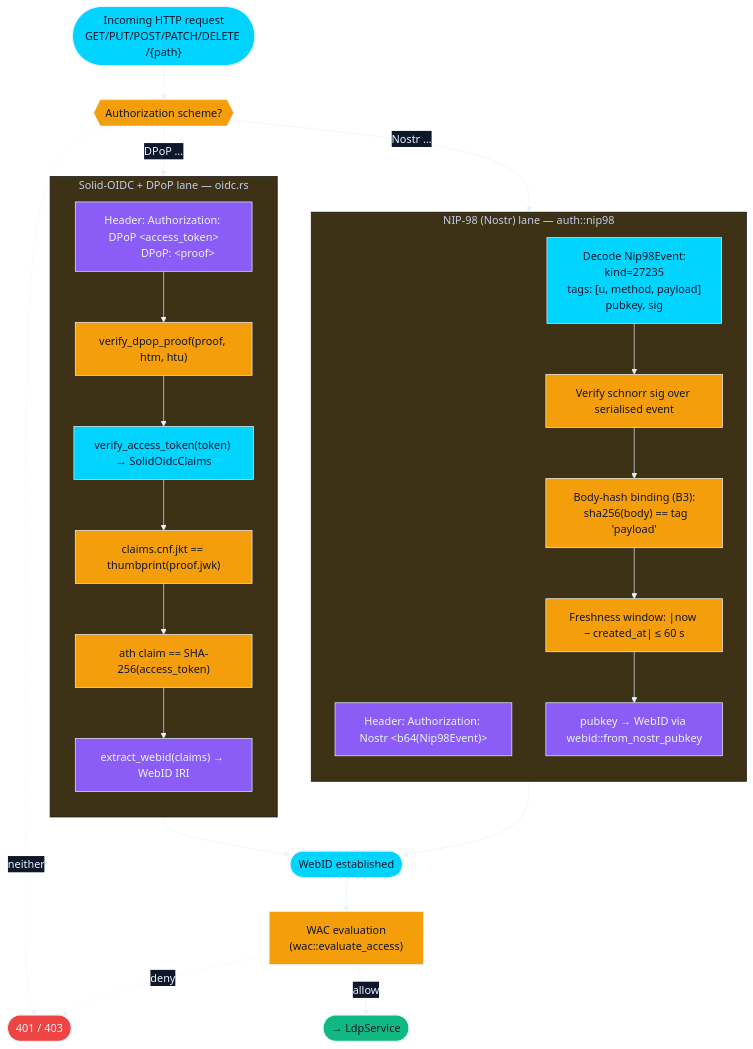
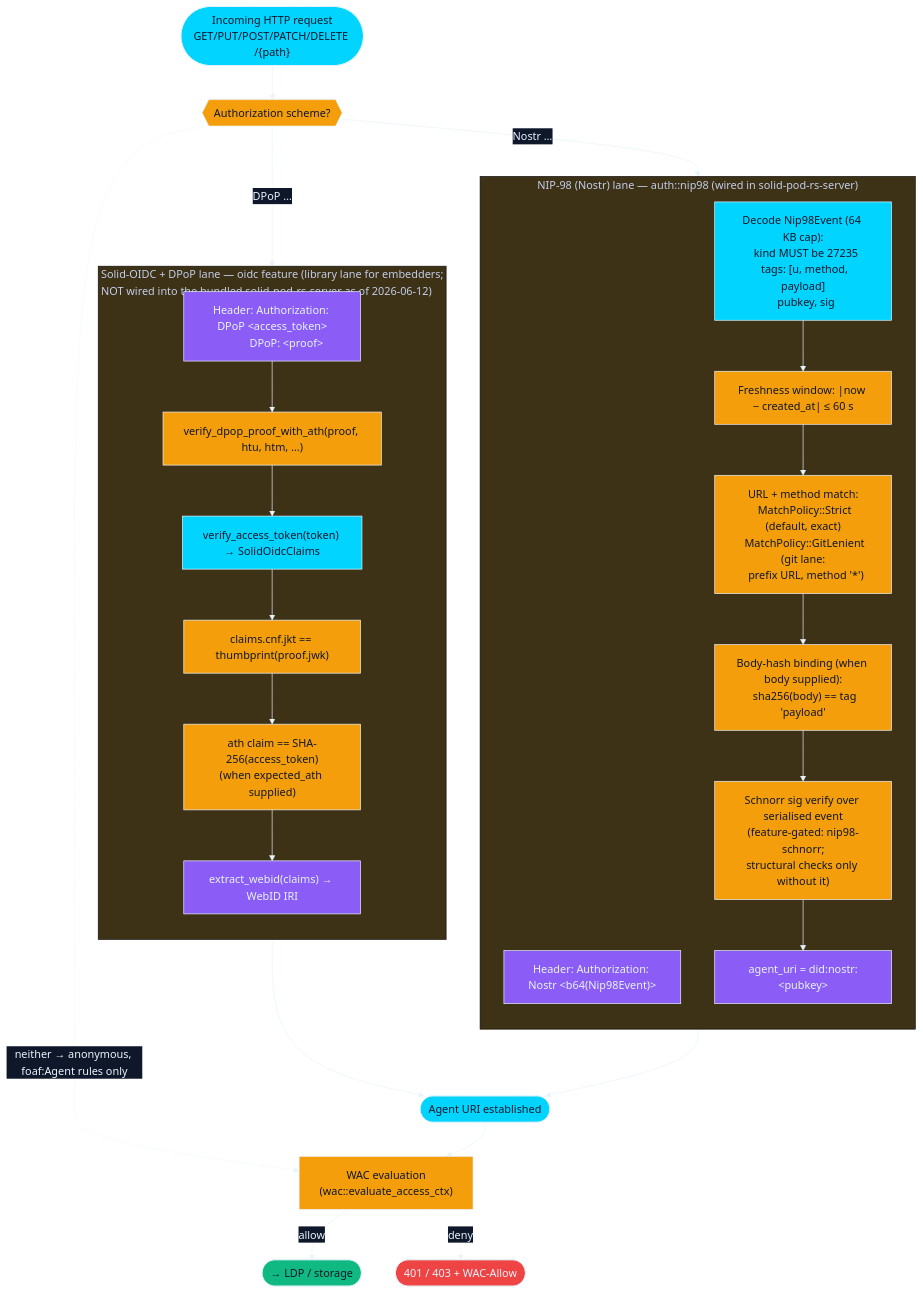
One commit to DreamLab-AI/solid-pod-rs changed the diagram in crates/solid-pod-rs/docs/diagrams/src/07-nip98-vs-oidc.mmd. Above: the diagram before and after it, drawn with Mermaid. The commit also changed 12 other files, not shown here.

First line of the commit message:
docs(diagrams): verify mermaid diagrams against crate code; correct drifted claims

```diff
--- a/crates/solid-pod-rs/docs/diagrams/src/07-nip98-vs-oidc.mmd
+++ b/crates/solid-pod-rs/docs/diagrams/src/07-nip98-vs-oidc.mmd
@@ -1,55 +1,56 @@
 %%{init: {'theme':'base','themeVariables':{
   'primaryColor':'#0f172a','primaryTextColor':'#E8F4FC','primaryBorderColor':'#E8F4FC',
   'lineColor':'#E8F4FC','background':'transparent','mainBkg':'#0f172a',
   'edgeLabelBackground':'#0f172a','fontFamily':'ui-sans-serif, system-ui, sans-serif'
 }}}%%
 flowchart TB
   REQ(["Incoming HTTP request\nGET/PUT/POST/PATCH/DELETE /{path}"]):::entry
 
   PICK{{"Authorization scheme?"}}:::gate
 
   %% ─── NIP-98 lane ───
-  subgraph NIP["NIP-98 (Nostr) lane — auth::nip98"]
+  subgraph NIP["NIP-98 (Nostr) lane — auth::nip98 (wired in solid-pod-rs-server)"]
     direction TB
     N1["Header: Authorization: Nostr &lt;b64(Nip98Event)&gt;"]:::gov
-    N2["Decode Nip98Event:\n  kind=27235\n  tags: [u, method, payload]\n  pubkey, sig"]:::svc
-    N3["Verify schnorr sig over serialised event"]:::gate
-    N4["Body-hash binding (B3):\n  sha256(body) == tag 'payload'"]:::gate
-    N5["Freshness window: |now − created_at| ≤ 60 s"]:::gate
-    N6["pubkey → WebID via webid::from_nostr_pubkey"]:::gov
+    N2["Decode Nip98Event (64 KB cap):\n  kind MUST be 27235\n  tags: [u, method, payload]\n  pubkey, sig"]:::svc
+    N3["Freshness window: |now − created_at| ≤ 60 s"]:::gate
+    N4["URL + method match:\n  MatchPolicy::Strict (default, exact)\n  MatchPolicy::GitLenient (git lane:\n  prefix URL, method '*')"]:::gate
+    N5["Body-hash binding (when body supplied):\n  sha256(body) == tag 'payload'"]:::gate
+    N6["Schnorr sig verify over serialised event\n(feature-gated: nip98-schnorr;\nstructural checks only without it)"]:::gate
+    N7["agent_uri = did:nostr:&lt;pubkey&gt;"]:::gov
   end
 
   %% ─── OIDC lane ───
-  subgraph OID["Solid-OIDC + DPoP lane — oidc.rs"]
+  subgraph OID["Solid-OIDC + DPoP lane — oidc feature (library lane for embedders;\nNOT wired into the bundled solid-pod-rs-server as of 2026-06-12)"]
     direction TB
     O1["Header: Authorization: DPoP &lt;access_token&gt;\n          DPoP: &lt;proof&gt;"]:::gov
-    O2["verify_dpop_proof(proof, htm, htu)"]:::gate
+    O2["verify_dpop_proof_with_ath(proof, htu, htm, …)"]:::gate
     O3["verify_access_token(token) → SolidOidcClaims"]:::svc
     O4["claims.cnf.jkt == thumbprint(proof.jwk)"]:::gate
-    O5["ath claim == SHA-256(access_token)"]:::gate
+    O5["ath claim == SHA-256(access_token)\n(when expected_ath supplied)"]:::gate
     O6["extract_webid(claims) → WebID IRI"]:::gov
   end
 
-  MERGE(["WebID established"]):::entry
-  WAC["WAC evaluation\n(wac::evaluate_access)"]:::gate
-  ALLOW(["→ LdpService"]):::allow
-  DENY(["401 / 403"]):::deny
+  MERGE(["Agent URI established"]):::entry
+  WAC["WAC evaluation\n(wac::evaluate_access_ctx)"]:::gate
+  ALLOW(["→ LDP / storage"]):::allow
+  DENY(["401 / 403 + WAC-Allow"]):::deny
 
   REQ --> PICK
   PICK -->|Nostr …| NIP
   PICK -->|DPoP …| OID
-  PICK -.->|neither| DENY
+  PICK -.->|"neither → anonymous, foaf:Agent rules only"| WAC
 
-  N2 --> N3 --> N4 --> N5 --> N6 --> MERGE
+  N2 --> N3 --> N4 --> N5 --> N6 --> N7 --> MERGE
   O1 --> O2 --> O3 --> O4 --> O5 --> O6 --> MERGE
 
   MERGE --> WAC
   WAC -->|allow| ALLOW
   WAC -.deny.-> DENY
 
   classDef entry fill:#00D4FF,stroke:#E8F4FC,stroke-width:1px,color:#0f172a
   classDef gov fill:#8B5CF6,stroke:#E8F4FC,stroke-width:1px,color:#E8F4FC
   classDef gate fill:#F59E0B,stroke:#E8F4FC,stroke-width:1px,color:#0f172a
   classDef svc fill:#00D4FF,stroke:#E8F4FC,stroke-width:1px,color:#0f172a
   classDef allow fill:#10B981,stroke:#E8F4FC,stroke-width:1px,color:#0f172a
   classDef deny fill:#EF4444,stroke:#E8F4FC,stroke-width:1px,color:#E8F4FC
```
